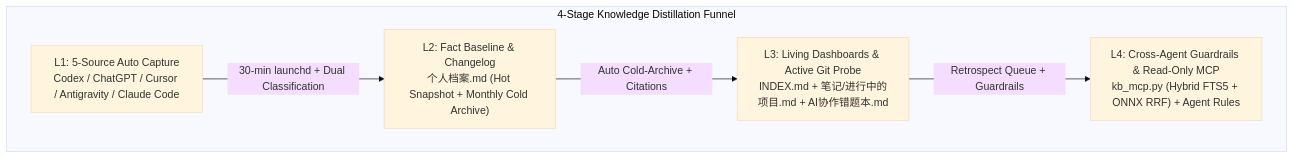
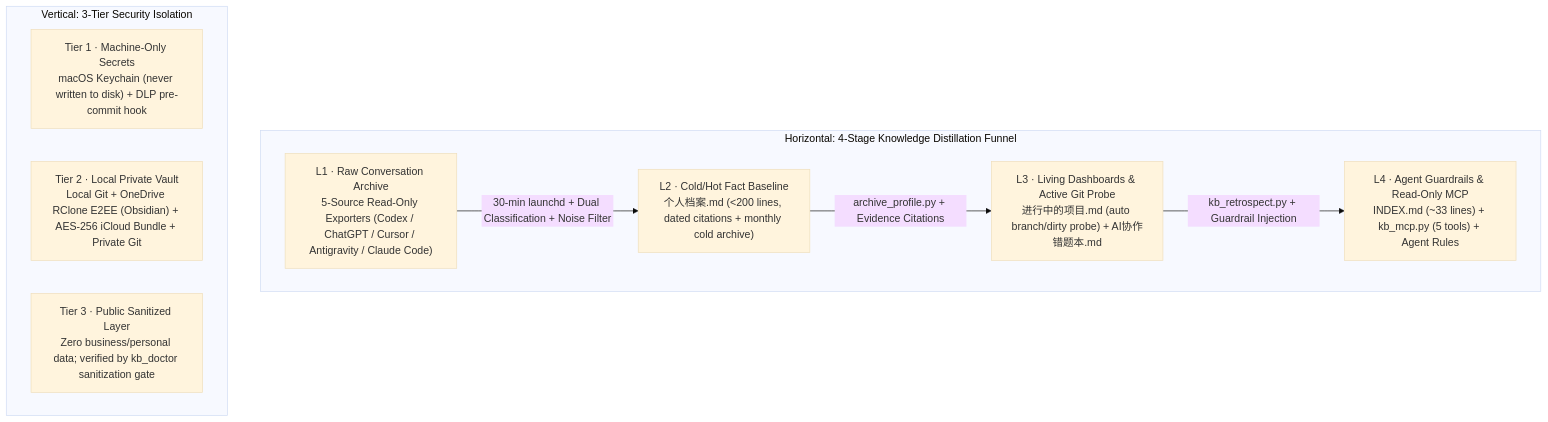
Before and after one commit to JaydenWuGang123/agent-memory-kb: the diagram in README.md, drawn with Mermaid (base theme). The commit also changed other lines of this file and 1 other file, not shown here.

Commit message:
docs: expand README and README.zh-CN with architecture deep dive, script reference, and FAQ

````diff
--- a/README.md
+++ b/README.md
@@ -21,12 +57,18 @@
 ```mermaid
 flowchart TD
-    subgraph Funnel["4-Stage Knowledge Distillation Funnel"]
-        F1["L1: 5-Source Auto Capture<br/>Codex / ChatGPT / Cursor / Antigravity / Claude Code"]
-        F2["L2: Fact Baseline & Changelog<br/>个人档案.md (Hot Snapshot + Monthly Cold Archive)"]
-        F3["L3: Living Dashboards & Active Git Probe<br/>INDEX.md + 笔记/进行中的项目.md + AI协作错题本.md"]
-        F4["L4: Cross-Agent Guardrails & Read-Only MCP<br/>kb_mcp.py (Hybrid FTS5 + ONNX RRF) + Agent Rules"]
-        F1 -->|"30-min launchd + Dual Classification"| F2
-        F2 -->|"Auto Cold-Archive + Citations"| F3
-        F3 -->|"Retrospect Queue + Guardrails"| F4
+    subgraph Funnel["Horizontal: 4-Stage Knowledge Distillation Funnel"]
+        F1["L1 · Raw Conversation Archive<br/>5-Source Read-Only Exporters (Codex / ChatGPT / Cursor / Antigravity / Claude Code)"]
+        F2["L2 · Cold/Hot Fact Baseline<br/>个人档案.md (<200 lines, dated citations + monthly cold archive)"]
+        F3["L3 · Living Dashboards & Active Git Probe<br/>进行中的项目.md (auto branch/dirty probe) + AI协作错题本.md"]
+        F4["L4 · Agent Guardrails & Read-Only MCP<br/>INDEX.md (~33 lines) + kb_mcp.py (5 tools) + Agent Rules"]
+        F1 -->|"30-min launchd + Dual Classification + Noise Filter"| F2
+        F2 -->|"archive_profile.py + Evidence Citations"| F3
+        F3 -->|"kb_retrospect.py + Guardrail Injection"| F4
+    end
+
+    subgraph Security["Vertical: 3-Tier Security Isolation"]
+        S1["Tier 1 · Machine-Only Secrets<br/>macOS Keychain (never written to disk) + DLP pre-commit hook"]
+        S2["Tier 2 · Local Private Vault<br/>Local Git + OneDrive RClone E2EE (Obsidian) + AES-256 iCloud Bundle + Private Git"]
+        S3["Tier 3 · Public Sanitized Layer<br/>Zero business/personal data; verified by kb_doctor sanitization gate"]
     end
 ```
````
